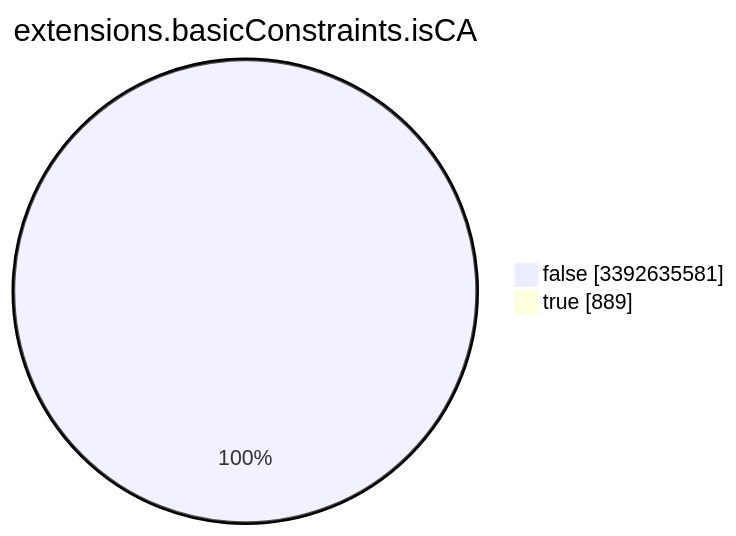
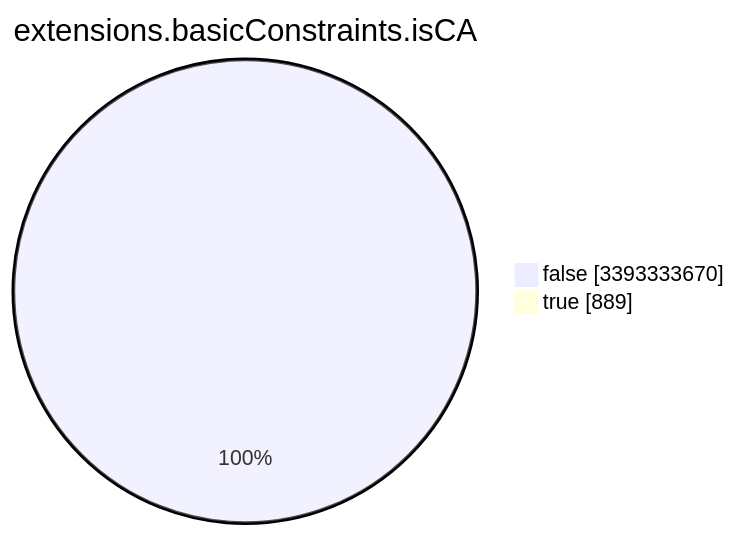
One commit to christiankrug/ctmonitor_visualization changed the seventh of 15 diagrams in TOTAL/README.md. Above: the diagram before and after it, drawn with Mermaid. The commit also changed other lines of this file, not shown here.

````diff
--- a/TOTAL/README.md
+++ b/TOTAL/README.md
@@ -3090,6 +3090,6 @@
 ```mermaid
 pie showData
 title extensions.basicConstraints.isCA
-"false" :3392635581
+"false" :3393333670
 "true" :889
 ```
````
